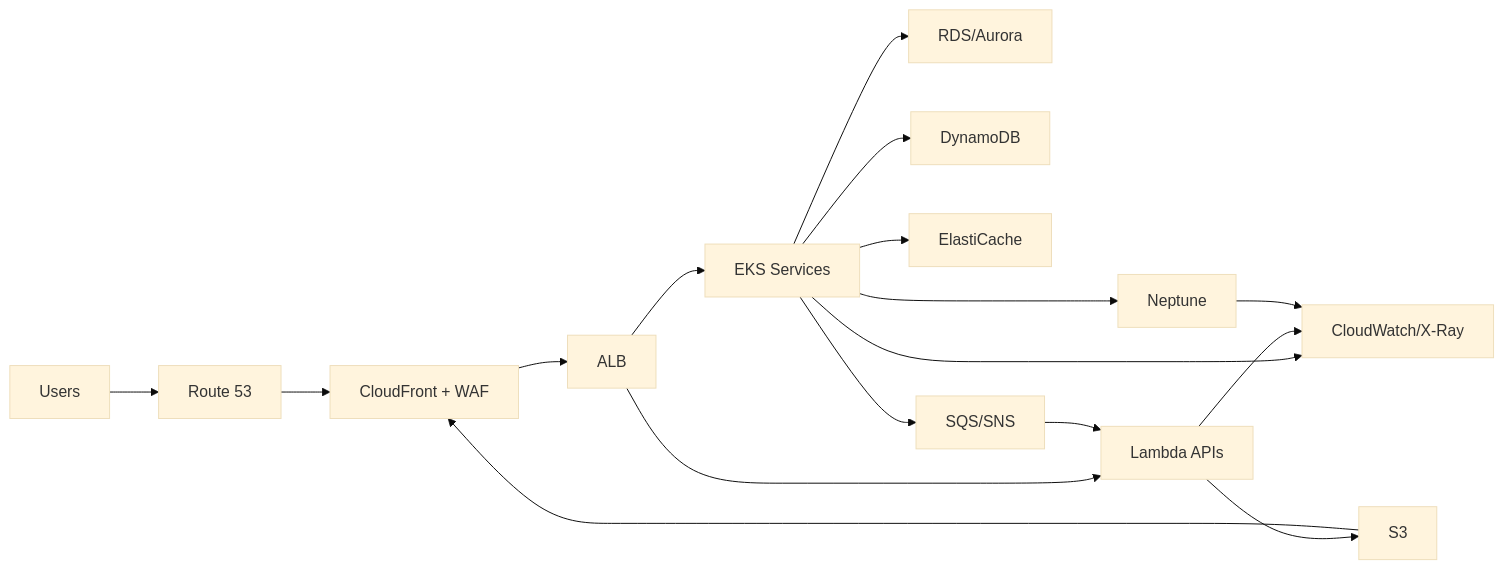
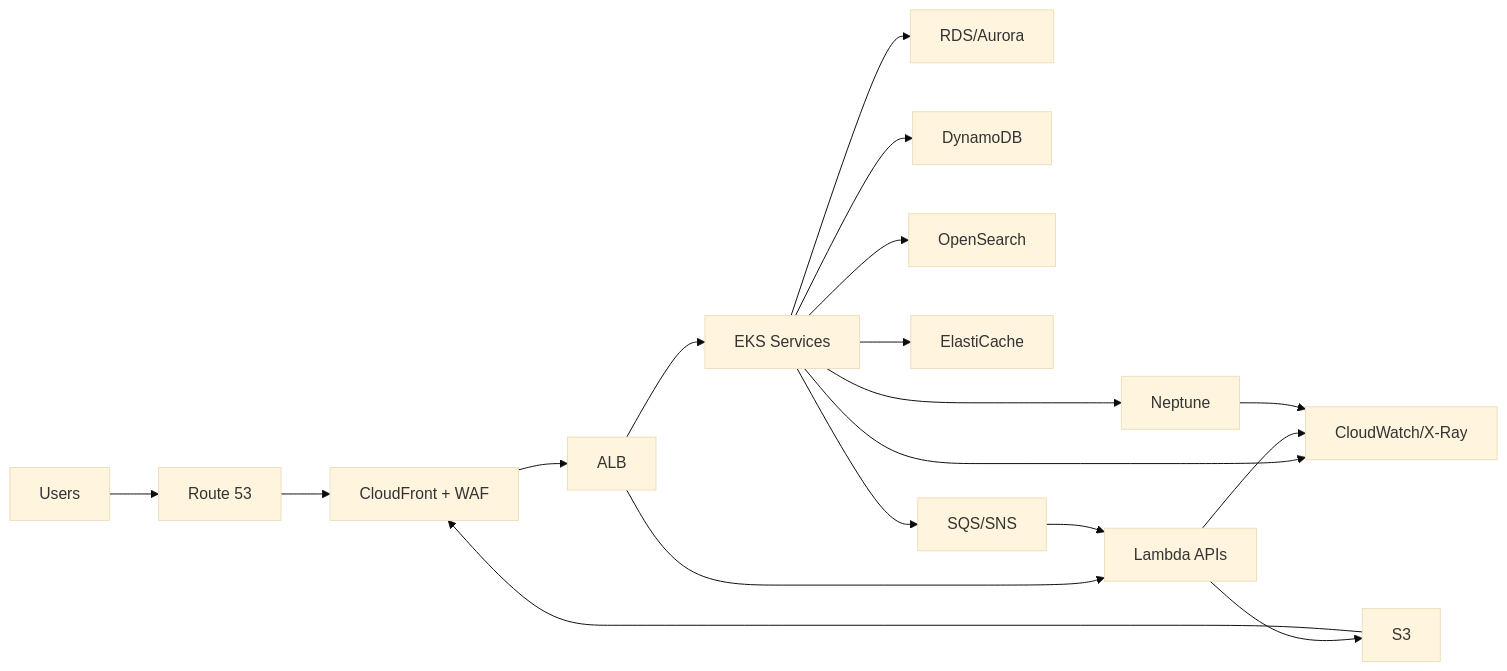
One commit to deepakraog/deepakraog changed the diagram in ARCHITECTURE_MIGRATION.md. Above: the diagram before and after it, drawn with Mermaid (base theme). The commit also changed other lines of this file, not shown here.

````diff
--- a/ARCHITECTURE_MIGRATION.md
+++ b/ARCHITECTURE_MIGRATION.md
@@ -126,19 +155,20 @@
 ```mermaid
 flowchart LR
   U[Users] --> R53[Route 53]
   R53 --> CF[CloudFront + WAF]
   CF --> ALB[ALB]
   ALB --> EKS[EKS Services]
   ALB --> LAMBDA[Lambda APIs]
   EKS --> RDS[RDS/Aurora]
   EKS --> DDB[DynamoDB]
   EKS --> NEP[Neptune]
+  EKS --> OS[OpenSearch]
   EKS --> REDIS[ElastiCache]
   EKS --> SQS[SQS/SNS]
   SQS --> LAMBDA
   LAMBDA --> S3[S3]
   S3 --> CF
   EKS --> CW[CloudWatch/X-Ray]
   LAMBDA --> CW
   NEP --> CW
 ```
````
